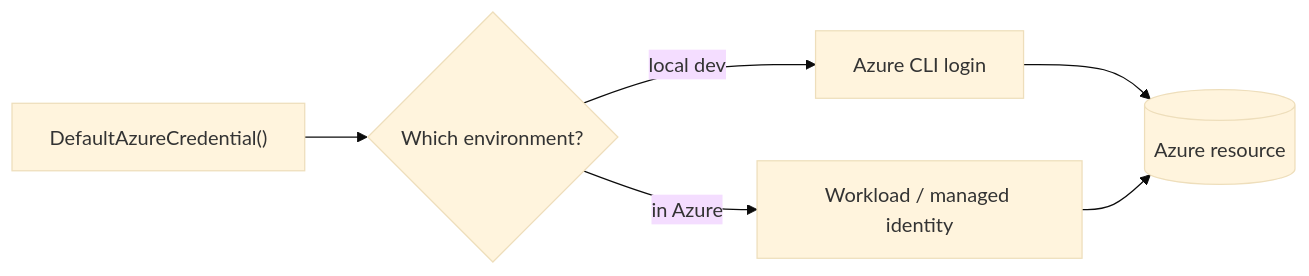
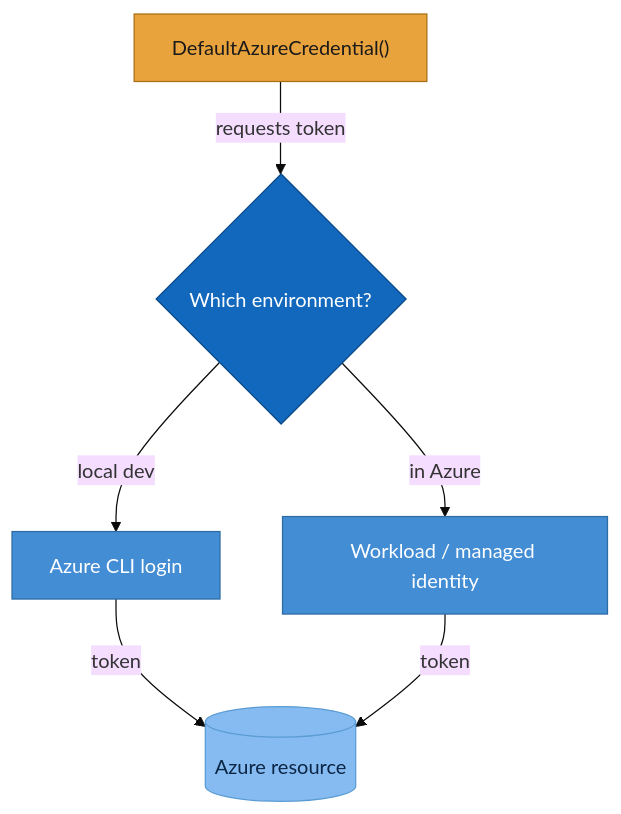
The fourth of 4 diagrams in docs/guides/identity-concepts.md (seesathish/AntKart-Src3), drawn with Mermaid (base theme) before and after one commit. The commit also changed other lines of this file and 4 other files, not shown here.

First line of the commit message:
docs: standardise all concept-guide Mermaid diagrams to one visual standard

````diff
--- a/docs/guides/identity-concepts.md
+++ b/docs/guides/identity-concepts.md
@@ -120,8 +165,20 @@
 ```mermaid
-flowchart LR
-    CODE["DefaultAzureCredential()"] --> CHAIN{Which environment?}
+flowchart TB
+    CODE["DefaultAzureCredential()"] -->|requests token| CHAIN{Which environment?}
     CHAIN -->|local dev| CLI[Azure CLI login]
     CHAIN -->|in Azure| WMI[Workload / managed identity]
-    CLI --> AZ[(Azure resource)]
-    WMI --> AZ
+    CLI -->|token| AZ[(Azure resource)]
+    WMI -->|token| AZ
+
+    classDef actor   fill:#08427B,stroke:#052c54,color:#ffffff;
+    classDef primary fill:#1168BD,stroke:#0b4a87,color:#ffffff;
+    classDef service fill:#438DD5,stroke:#2d6ca3,color:#ffffff;
+    classDef data    fill:#85BBF0,stroke:#5a9bd4,color:#0b2545;
+    classDef external fill:#8B8B8B,stroke:#5f5f5f,color:#ffffff;
+    classDef focus   fill:#E8A33D,stroke:#a96f16,color:#1a1a1a;
+
+    class CHAIN primary
+    class CLI,WMI service
+    class AZ data
+    class CODE focus
 ```
````
